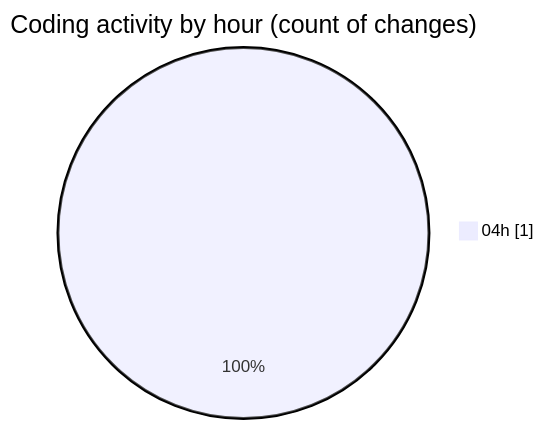
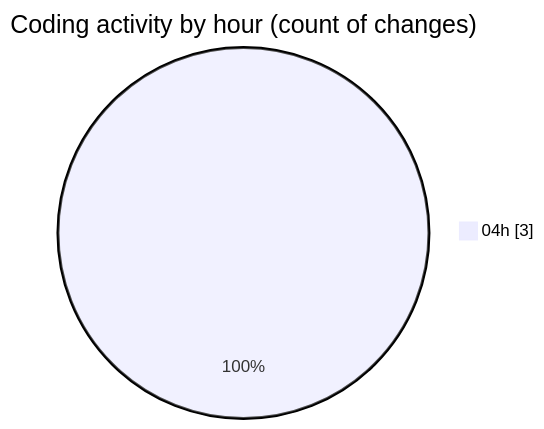
One commit to vahidmafi/code-tracking changed the second of 2 diagrams in 2025-03-23/zeytoon/README.md. Above: the diagram before and after it, drawn with Mermaid. The commit also changed other lines of this file and 1 other file, not shown here.

````diff
--- a/2025-03-23/zeytoon/README.md
+++ b/2025-03-23/zeytoon/README.md
@@ -28,5 +29,5 @@
 ```mermaid
 pie showData
 title Coding activity by hour (count of changes)
-"04h" : 1
+"04h" : 3
 ```
````
